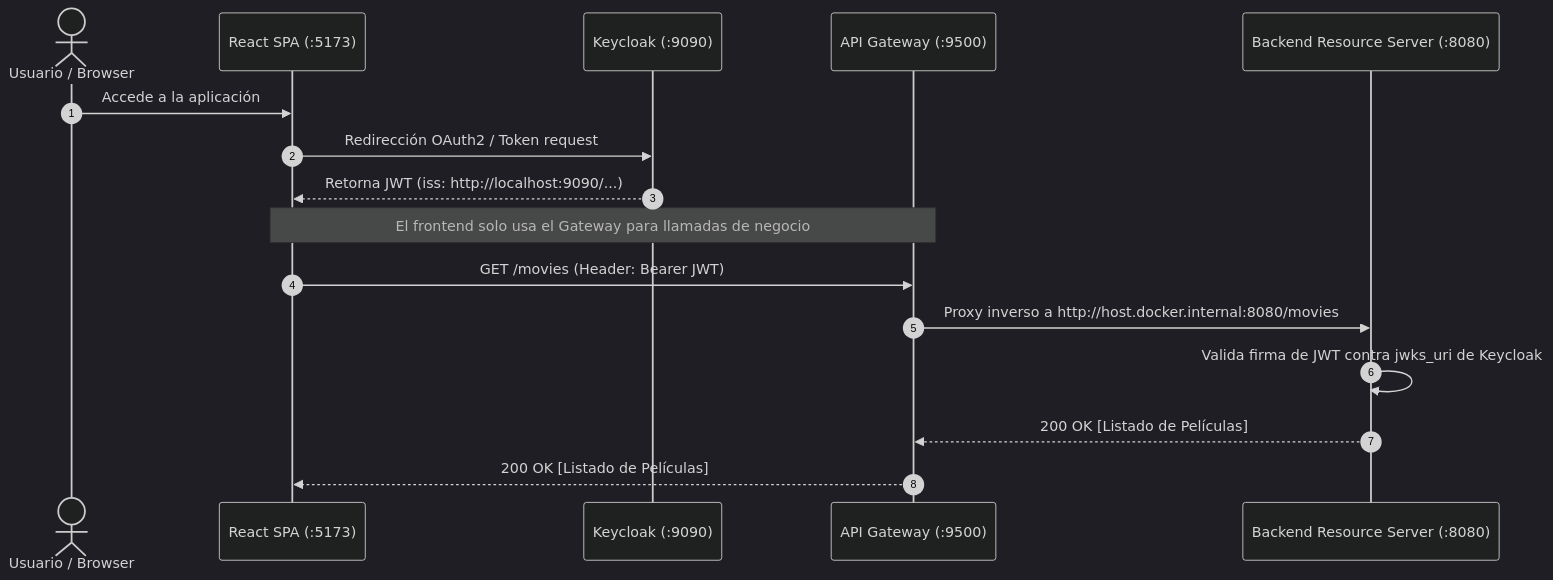
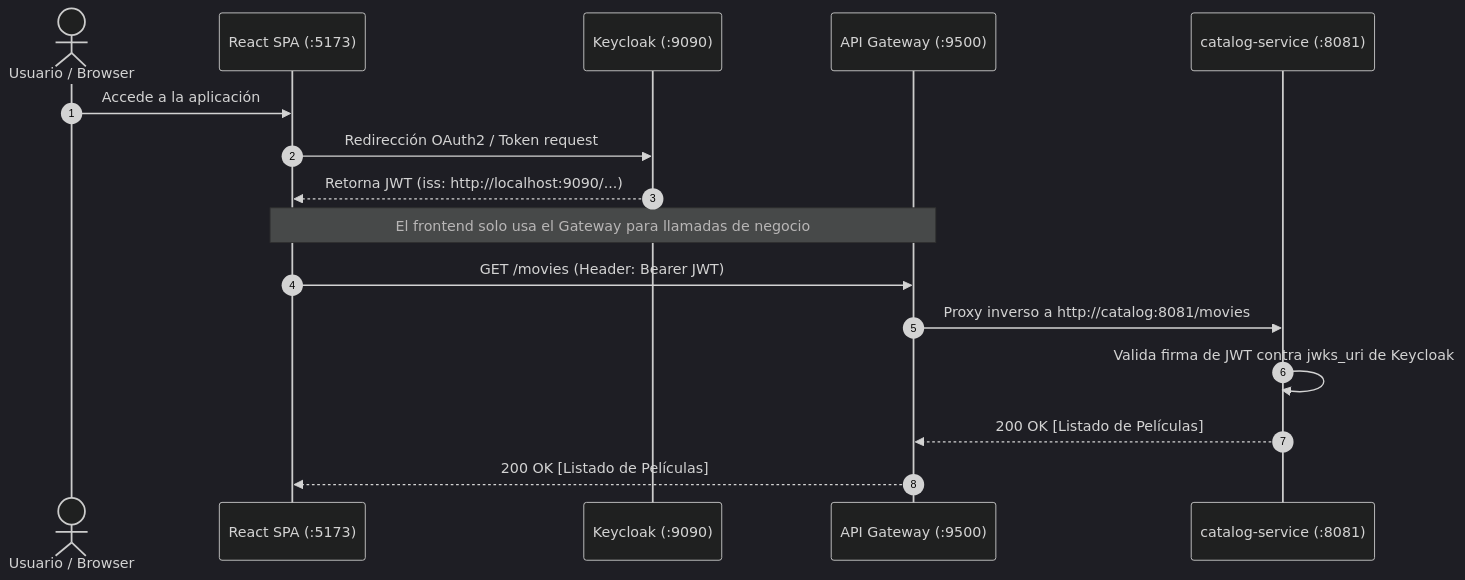
One commit to hmunoz/springboot-sso changed the second of 2 diagrams in docs/api-gateway.md. Above: the diagram before and after it, drawn with Mermaid (dark theme). The commit also changed other lines of this file and 7 other files, not shown here.

Commit message:
docs: update Keycloak realm configuration and documentation for dual-service architecture

````diff
--- a/docs/api-gateway.md
+++ b/docs/api-gateway.md
@@ -60,19 +61,19 @@
 ```mermaid
 sequenceDiagram
     autonumber
     actor User as Usuario / Browser
     participant SPA as React SPA (:5173)
     participant KC as Keycloak (:9090)
     participant GW as API Gateway (:9500)
-    participant BE as Backend Resource Server (:8080)
+    participant CAT as catalog-service (:8081)
 
     User->>SPA: Accede a la aplicación
     SPA->>KC: Redirección OAuth2 / Token request
     KC-->>SPA: Retorna JWT (iss: http://localhost:9090/...)
     Note over SPA,GW: El frontend solo usa el Gateway para llamadas de negocio
     SPA->>GW: GET /movies (Header: Bearer JWT)
-    GW->>BE: Proxy inverso a http://host.docker.internal:8080/movies
-    BE->>BE: Valida firma de JWT contra jwks_uri de Keycloak
-    BE-->>GW: 200 OK [Listado de Películas]
+    GW->>CAT: Proxy inverso a http://catalog:8081/movies
+    CAT->>CAT: Valida firma de JWT contra jwks_uri de Keycloak
+    CAT-->>GW: 200 OK [Listado de Películas]
     GW-->>SPA: 200 OK [Listado de Películas]
 ```
````
